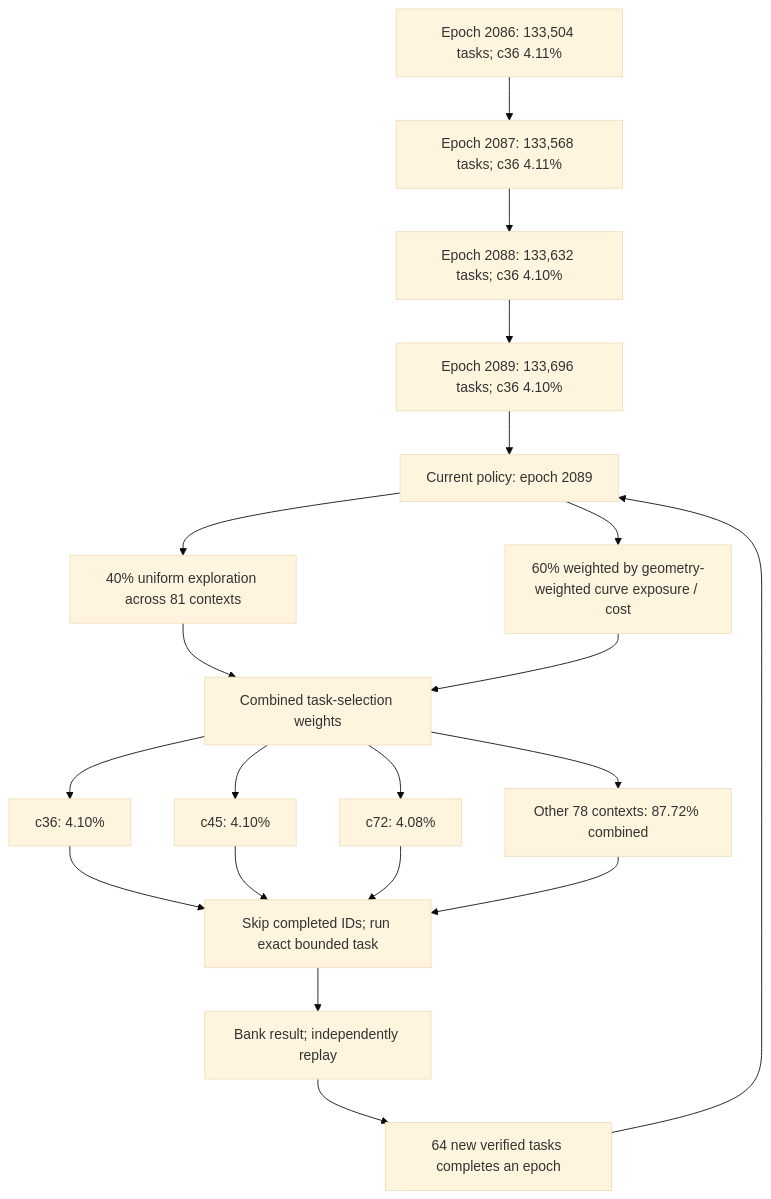
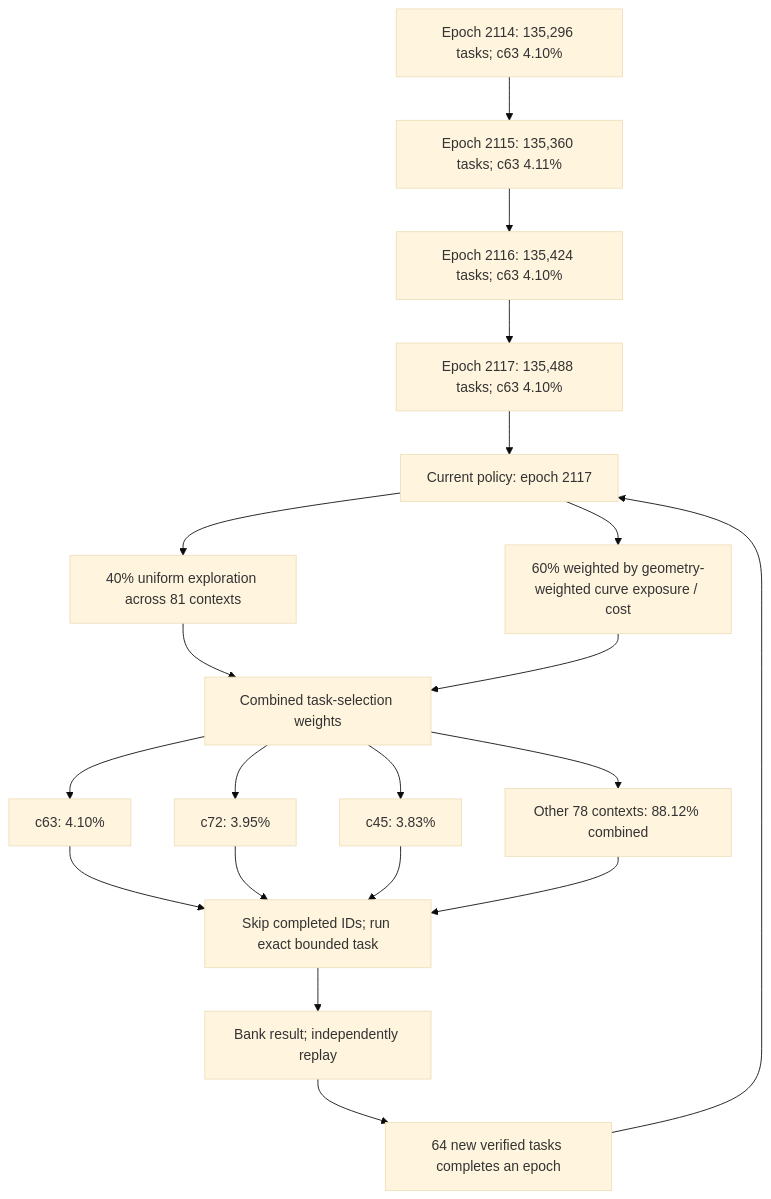
Before and after one commit to Kuberwastaken/math-gambling: the first of 3 diagrams in README.md, drawn with Mermaid (base theme). The commit also changed other lines of this file and 3588 other files, not shown here.

````diff
--- a/README.md
+++ b/README.md
@@ -56,27 +56,27 @@
 ```mermaid
 flowchart TD
-    H0["Epoch 2086: 133,504 tasks; c36 4.11%"]
-    H1["Epoch 2087: 133,568 tasks; c36 4.11%"]
+    H0["Epoch 2114: 135,296 tasks; c63 4.10%"]
+    H1["Epoch 2115: 135,360 tasks; c63 4.11%"]
     H0 --> H1
-    H2["Epoch 2088: 133,632 tasks; c36 4.10%"]
+    H2["Epoch 2116: 135,424 tasks; c63 4.10%"]
     H1 --> H2
-    H3["Epoch 2089: 133,696 tasks; c36 4.10%"]
+    H3["Epoch 2117: 135,488 tasks; c63 4.10%"]
     H2 --> H3
-    Policy["Current policy: epoch 2089"]
+    Policy["Current policy: epoch 2117"]
     H3 --> Policy
     Policy --> Explore["40% uniform exploration across 81 contexts"]
     Policy --> Cost["60% weighted by geometry-weighted curve exposure / cost"]
     Explore --> Mix["Combined task-selection weights"]
     Cost --> Mix
-    Mix --> C0["c36: 4.10%"]
-    Mix --> C1["c45: 4.10%"]
-    Mix --> C2["c72: 4.08%"]
-    Mix --> Rest["Other 78 contexts: 87.72% combined"]
+    Mix --> C0["c63: 4.10%"]
+    Mix --> C1["c72: 3.95%"]
+    Mix --> C2["c45: 3.83%"]
+    Mix --> Rest["Other 78 contexts: 88.12% combined"]
     C0 --> Check["Skip completed IDs; run exact bounded task"]
     C1 --> Check
     C2 --> Check
     Rest --> Check
     Check --> Replay["Bank result; independently replay"]
     Replay --> Gate["64 new verified tasks completes an epoch"]
     Gate --> Policy
 ```
````
